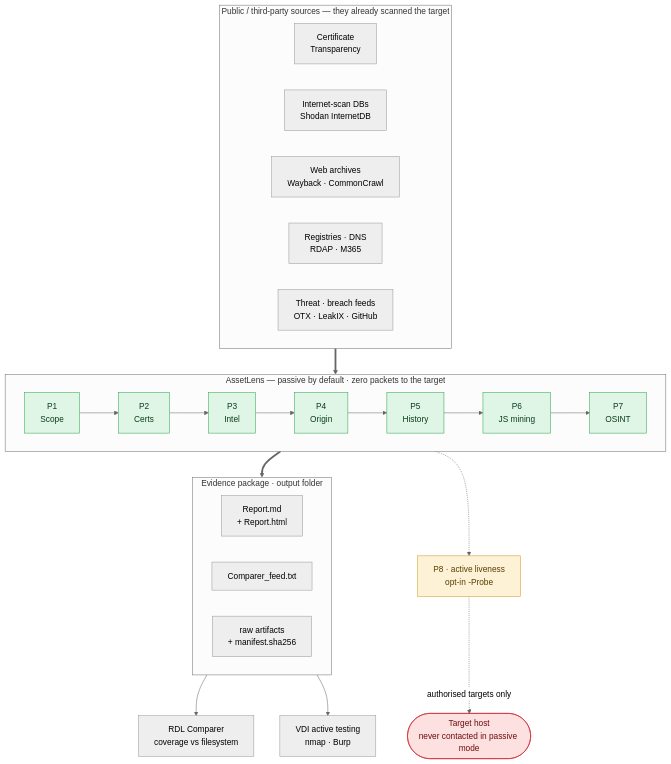
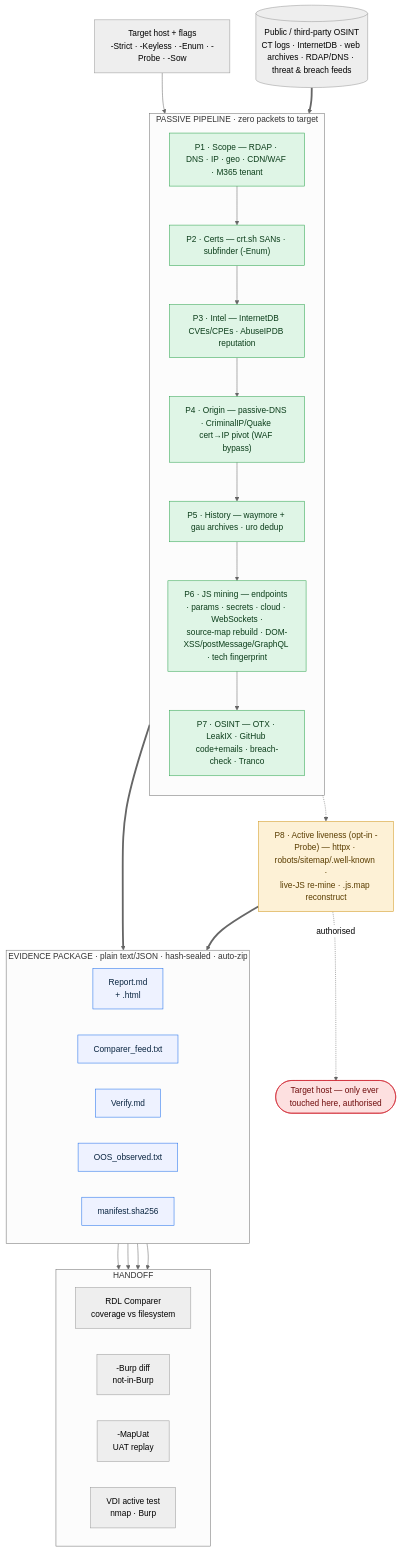
The diagram in README.md (impramodsargar/AssetLens), drawn with Mermaid (neutral theme) before and after one commit. The commit also changed other lines of this file, not shown here.

First line of the commit message:
README: condense to one comprehensive architecture diagram

````diff
--- a/README.md
+++ b/README.md
@@ -56,35 +37,54 @@
 ```mermaid
 flowchart TB
-    subgraph SRC["Public / third-party sources — they already scanned the target"]
+    IN["Target host + flags<br/>-Strict · -Keyless · -Enum · -Probe · -Sow"]
+    SRC[("Public / third-party OSINT<br/>CT logs · InternetDB · web archives · RDAP/DNS · threat &amp; breach feeds")]
+
+    subgraph PASSIVE["PASSIVE PIPELINE  ·  zero packets to target"]
+        direction TB
+        P1["P1 · Scope — RDAP · DNS · IP · geo · CDN/WAF · M365 tenant"]
+        P2["P2 · Certs — crt.sh SANs · subfinder (-Enum)"]
+        P3["P3 · Intel — InternetDB CVEs/CPEs · AbuseIPDB reputation"]
+        P4["P4 · Origin — passive-DNS · CriminalIP/Quake cert→IP pivot (WAF bypass)"]
+        P5["P5 · History — waymore + gau archives · uro dedup"]
+        P6["P6 · JS mining — endpoints · params · secrets · cloud · WebSockets ·<br/>source-map rebuild · DOM-XSS/postMessage/GraphQL · tech fingerprint"]
+        P7["P7 · OSINT — OTX · LeakIX · GitHub code+emails · breach-check · Tranco"]
+        P1 --> P2 --> P3 --> P4 --> P5 --> P6 --> P7
+    end
+
+    P8["P8 · Active liveness (opt-in -Probe) — httpx · robots/sitemap/.well-known ·<br/>live-JS re-mine · .js.map reconstruct"]
+    TGT(["Target host — only ever touched here, authorised"])
+
+    subgraph OUT["EVIDENCE PACKAGE  ·  plain text/JSON · hash-sealed · auto-zip"]
         direction LR
-        S1["Certificate<br/>Transparency"]
-        S2["Internet-scan DBs<br/>Shodan InternetDB"]
-        S3["Web archives<br/>Wayback · CommonCrawl"]
-        S4["Registries · DNS<br/>RDAP · M365"]
-        S5["Threat · breach feeds<br/>OTX · LeakIX · GitHub"]
+        R["Report.md<br/>+ .html"]
+        F["Comparer_feed.txt"]
+        V["Verify.md"]
+        O["OOS_observed.txt"]
+        M["manifest.sha256"]
     end
-    subgraph AL["AssetLens — passive by default · zero packets to the target"]
+
+    subgraph HAND["HANDOFF"]
         direction LR
-        P1["P1<br/>Scope"] --> P2["P2<br/>Certs"] --> P3["P3<br/>Intel"] --> P4["P4<br/>Origin"] --> P5["P5<br/>History"] --> P6["P6<br/>JS mining"] --> P7["P7<br/>OSINT"]
+        RDL["RDL Comparer<br/>coverage vs filesystem"]
+        BURP["-Burp diff<br/>not-in-Burp"]
+        UAT["-MapUat<br/>UAT replay"]
+        VDI["VDI active test<br/>nmap · Burp"]
     end
-    subgraph OUT["Evidence package · output folder"]
-        direction LR
-        O1["Report.md<br/>+ Report.html"]
-        O2["Comparer_feed.txt"]
-        O3["raw artifacts<br/>+ manifest.sha256"]
-    end
-    TGT(["Target host<br/>never contacted in passive mode"])
-    P8["P8 · active liveness<br/>opt-in -Probe"]
-    SRC ==> AL
-    AL ==> OUT
-    AL -.-> P8
-    P8 -. "authorised targets only" .-> TGT
-    OUT --> RDL["RDL Comparer<br/>coverage vs filesystem"]
-    OUT --> VDI["VDI active testing<br/>nmap · Burp"]
+
+    IN --> PASSIVE
+    SRC ==> PASSIVE
+    PASSIVE ==> OUT
+    PASSIVE -.-> P8
+    P8 -. "authorised" .-> TGT
+    P8 ==> OUT
+    OUT --> RDL & BURP & UAT & VDI
+
     classDef pass fill:#dff5e6,stroke:#2ea44f,color:#0b3d1a;
     classDef act fill:#fdf1d6,stroke:#d29922,color:#5a3d00;
     classDef tgt fill:#fde0e0,stroke:#cf222e,color:#6e0b0b;
+    classDef out fill:#eef2ff,stroke:#1f6feb,color:#0a2540;
     class P1,P2,P3,P4,P5,P6,P7 pass;
     class P8 act;
     class TGT tgt;
+    class R,F,V,O,M out;
 ```
````
